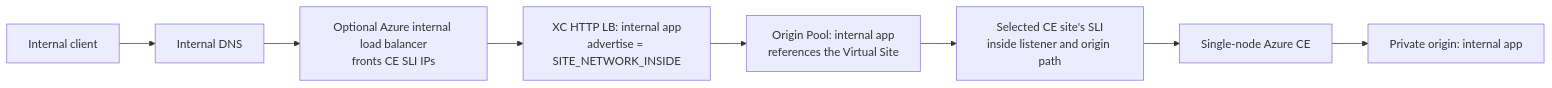
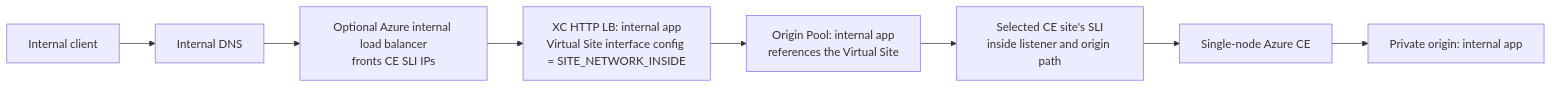
The second of 2 diagrams in docs/traffic-flow.md (jackyatesaustin/single-node-virtual-site-two-interface), drawn with Mermaid before and after one commit. The commit also changed other lines of this file and 1 other file, not shown here.

Commit message:
Clarify virtual site interface config labels

````diff
--- a/docs/traffic-flow.md
+++ b/docs/traffic-flow.md
@@ -40,13 +41,13 @@
 ```mermaid
 flowchart LR
   intClient["Internal client"]
   intDns["Internal DNS"]
   internalLb["Optional Azure internal load balancer<br/>fronts CE SLI IPs"]
-  intApp["XC HTTP LB: internal app<br/>advertise = SITE_NETWORK_INSIDE"]
+  intApp["XC HTTP LB: internal app<br/>Virtual Site interface config = SITE_NETWORK_INSIDE"]
   intPool["Origin Pool: internal app<br/>references the Virtual Site"]
   ceSli["Selected CE site's SLI<br/>inside listener and origin path"]
   ce["Single-node Azure CE"]
   intOrigin["Private origin: internal app"]
 
   intClient --> intDns --> internalLb --> intApp --> intPool --> ceSli --> ce --> intOrigin
 ```
````
